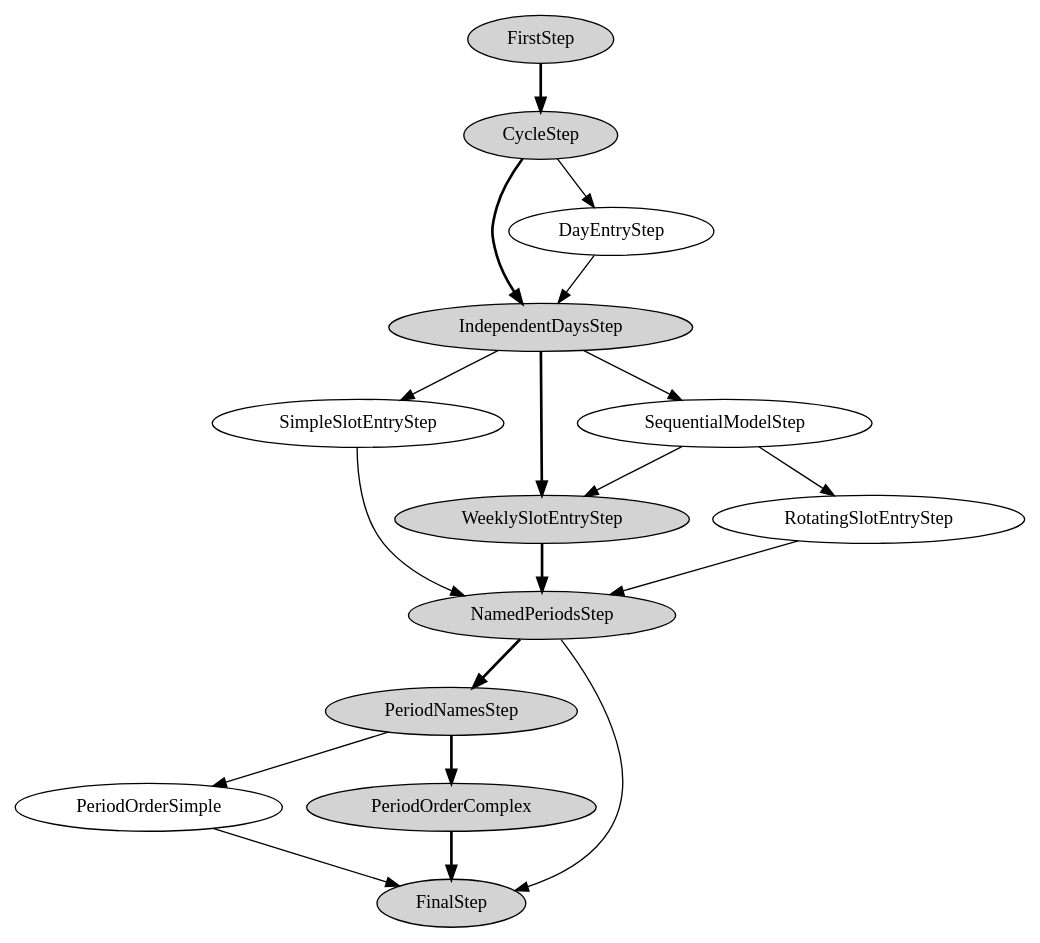
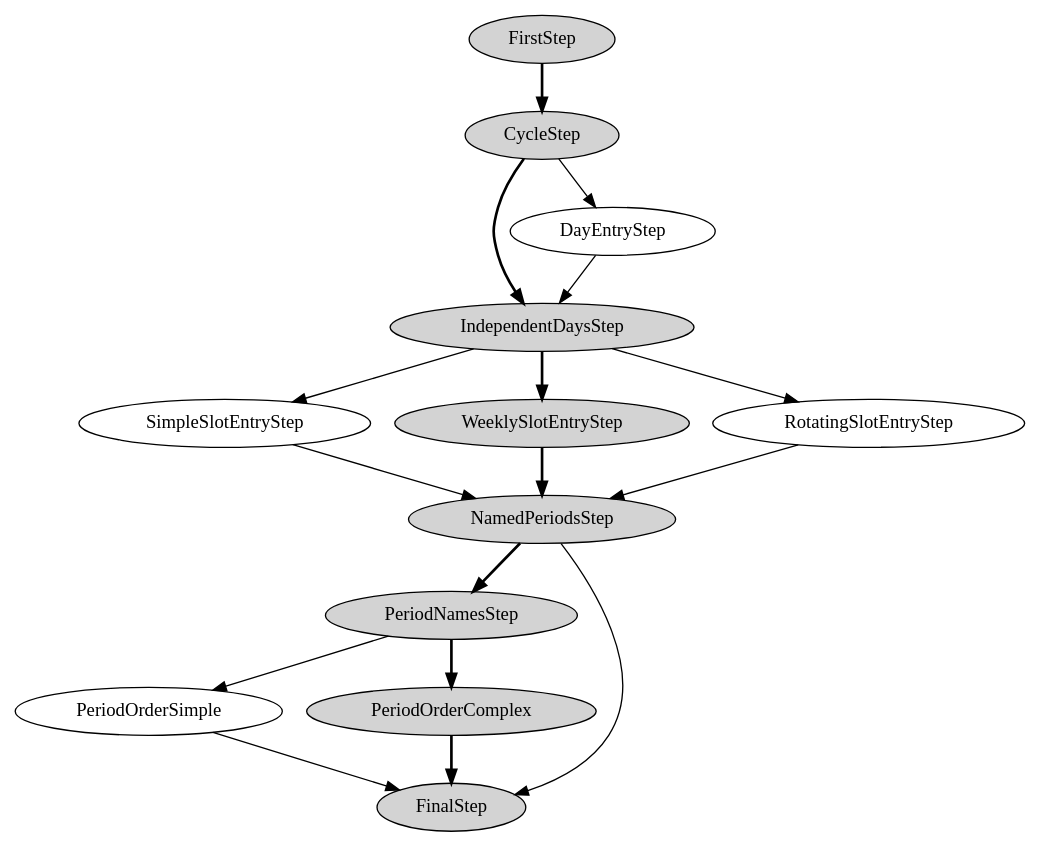
Before and after one commit to mattva01/schooltool: the diagram in src/schooltool/browser/ftests/ttschema-wizard-4.dot, drawn with Graphviz. The commit also changed 12 other files, not shown here.

Commit message:
Updated graphs for the change in r4356.

```diff
--- a/src/schooltool/browser/ftests/ttschema-wizard-4.dot
+++ b/src/schooltool/browser/ftests/ttschema-wizard-4.dot
@@ -1,29 +1,27 @@
 digraph "Timetable Schema Wizard" {
   FirstStep -> CycleStep [style="bold"];
   CycleStep -> IndependentDaysStep [style="bold"];
   CycleStep -> DayEntryStep;
   DayEntryStep -> IndependentDaysStep;
   IndependentDaysStep -> SimpleSlotEntryStep;
   IndependentDaysStep -> WeeklySlotEntryStep [style="bold"];
-  IndependentDaysStep -> SequentialModelStep;
-  SequentialModelStep -> WeeklySlotEntryStep;
-  SequentialModelStep -> RotatingSlotEntryStep;
+  IndependentDaysStep -> RotatingSlotEntryStep;
   SimpleSlotEntryStep -> NamedPeriodsStep;
   RotatingSlotEntryStep -> NamedPeriodsStep;
   WeeklySlotEntryStep -> NamedPeriodsStep [style="bold"];
   NamedPeriodsStep -> PeriodNamesStep [style="bold"];
   NamedPeriodsStep -> FinalStep;
   PeriodNamesStep -> PeriodOrderSimple;
   PeriodNamesStep -> PeriodOrderComplex [style="bold"];
   PeriodOrderSimple -> FinalStep;
   PeriodOrderComplex -> FinalStep [style="bold"];
 
   FirstStep[style="filled"];
   CycleStep[style="filled"];
   IndependentDaysStep[style="filled"];
   WeeklySlotEntryStep[style="filled"];
   NamedPeriodsStep[style="filled"];
   PeriodNamesStep[style="filled"];
   PeriodOrderComplex[style="filled"];
   FinalStep[style="filled"];
 }
```
